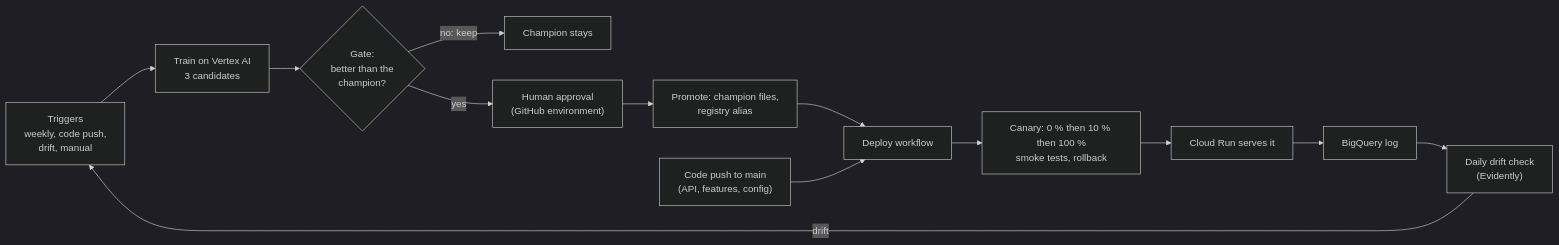
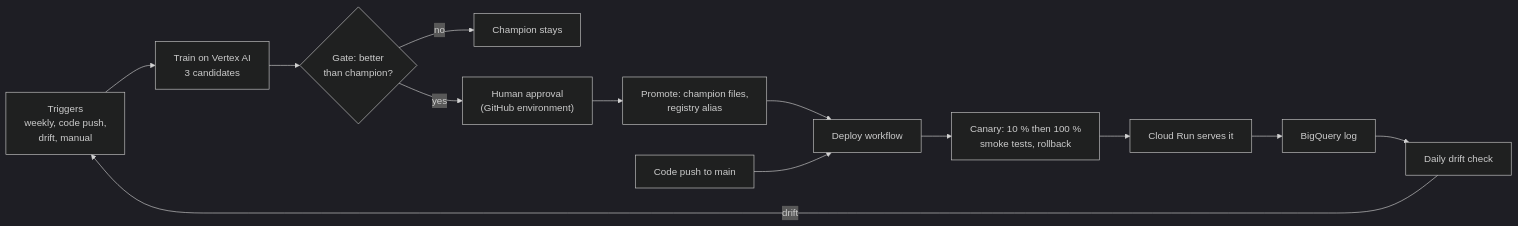
Before and after one commit to rosvend/MLOps: the first of 2 diagrams in docs/gcp/deployment-flow.md, drawn with Mermaid (dark theme). The commit also changed other lines of this file and 25 other files, not shown here.

````diff
--- a/docs/gcp/deployment-flow.md
+++ b/docs/gcp/deployment-flow.md
@@ -7,15 +5,15 @@
 ```mermaid
 flowchart LR
     t["Triggers<br/>weekly, code push,<br/>drift, manual"] --> train["Train on Vertex AI<br/>3 candidates"]
-    train --> gate{"Gate:<br/>better than the<br/>champion?"}
-    gate -->|"no: keep"| keep["Champion stays"]
+    train --> gate{"Gate: better<br/>than champion?"}
+    gate -->|"no"| keep["Champion stays"]
     gate -->|"yes"| appr["Human approval<br/>(GitHub environment)"]
     appr --> promo["Promote: champion files,<br/>registry alias"]
     promo --> dep["Deploy workflow"]
-    code["Code push to main<br/>(API, features, config)"] --> dep
-    dep --> canary["Canary: 0 % then 10 % then 100 %<br/>smoke tests, rollback"]
+    code["Code push to main"] --> dep
+    dep --> canary["Canary: 10 % then 100 %<br/>smoke tests, rollback"]
     canary --> live["Cloud Run serves it"]
     live --> logs["BigQuery log"]
-    logs --> drift["Daily drift check<br/>(Evidently)"]
+    logs --> drift["Daily drift check"]
     drift -->|"drift"| t
 ```
````
